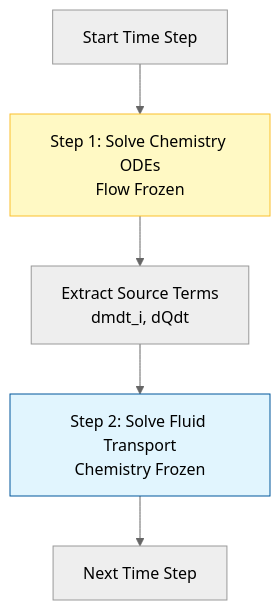
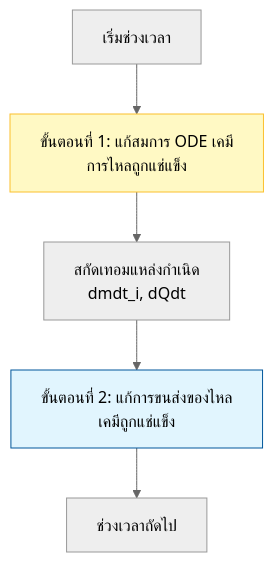
One commit to wramet/build-my-cfd changed the second of 3 diagrams in MODULE_06_ADVANCED_PHYSICS/CONTENT/03_REACTING_FLOWS/02_Chemistry_Models.md. Above: the diagram before and after it, drawn with Mermaid (neutral theme). The commit also changed other lines of this file and 104 other files, not shown here.

````diff
--- a/MODULE_06_ADVANCED_PHYSICS/CONTENT/03_REACTING_FLOWS/02_Chemistry_Models.md
+++ b/MODULE_06_ADVANCED_PHYSICS/CONTENT/03_REACTING_FLOWS/02_Chemistry_Models.md
@@ -117,10 +117,10 @@
 ```mermaid
 graph TD
-    A[Start Time Step] --> B[Step 1: Solve Chemistry ODEs<br/>Flow Frozen]
-    B --> C[Extract Source Terms<br/>dmdt_i, dQdt]
-    C --> D[Step 2: Solve Fluid Transport<br/>Chemistry Frozen]
-    D --> E[Next Time Step]
+    A[เริ่มช่วงเวลา] --> B[ขั้นตอนที่ 1: แก้สมการ ODE เคมี<br/>การไหลถูกแช่แข็ง]
+    B --> C[สกัดเทอมแหล่งกำเนิด<br/>dmdt_i, dQdt]
+    C --> D[ขั้นตอนที่ 2: แก้การขนส่งของไหล<br/>เคมีถูกแช่แข็ง]
+    D --> E[ช่วงเวลาถัดไป]
 
     style B fill:#fff9c4,stroke:#fbc02d
     style D fill:#e1f5fe,stroke:#01579b
 ```
````
